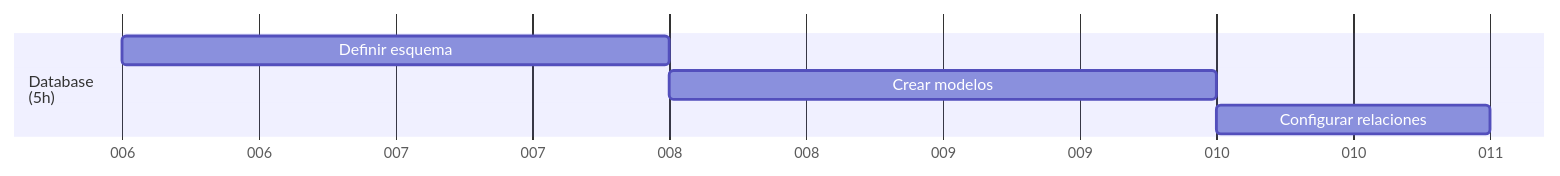
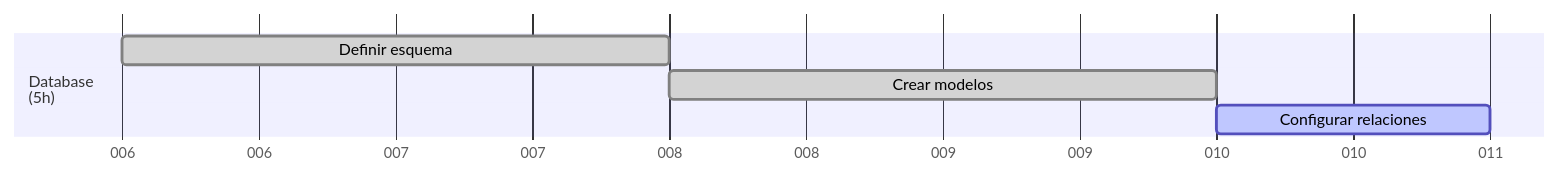
Before and after one commit to Covija97/BadenTracker: the second of 9 diagrams in .info/roadmap.md, drawn with Mermaid. The commit also changed other lines of this file, not shown here.

````diff
--- a/.info/roadmap.md
+++ b/.info/roadmap.md
@@ -28,10 +28,10 @@
 ```mermaid
 gantt
     dateFormat  DDD
     axisFormat %j
 
     section Database<br>(5h)
-    Definir esquema             : 01-06, 2d
-    Crear modelos               : 01-08, 2d
-    Configurar relaciones       : 01-10, 1d
+    Definir esquema             :done, 01-06, 2d
+    Crear modelos               :done, 01-08, 2d
+    Configurar relaciones       :active, 01-10, 1d
 ```
````
